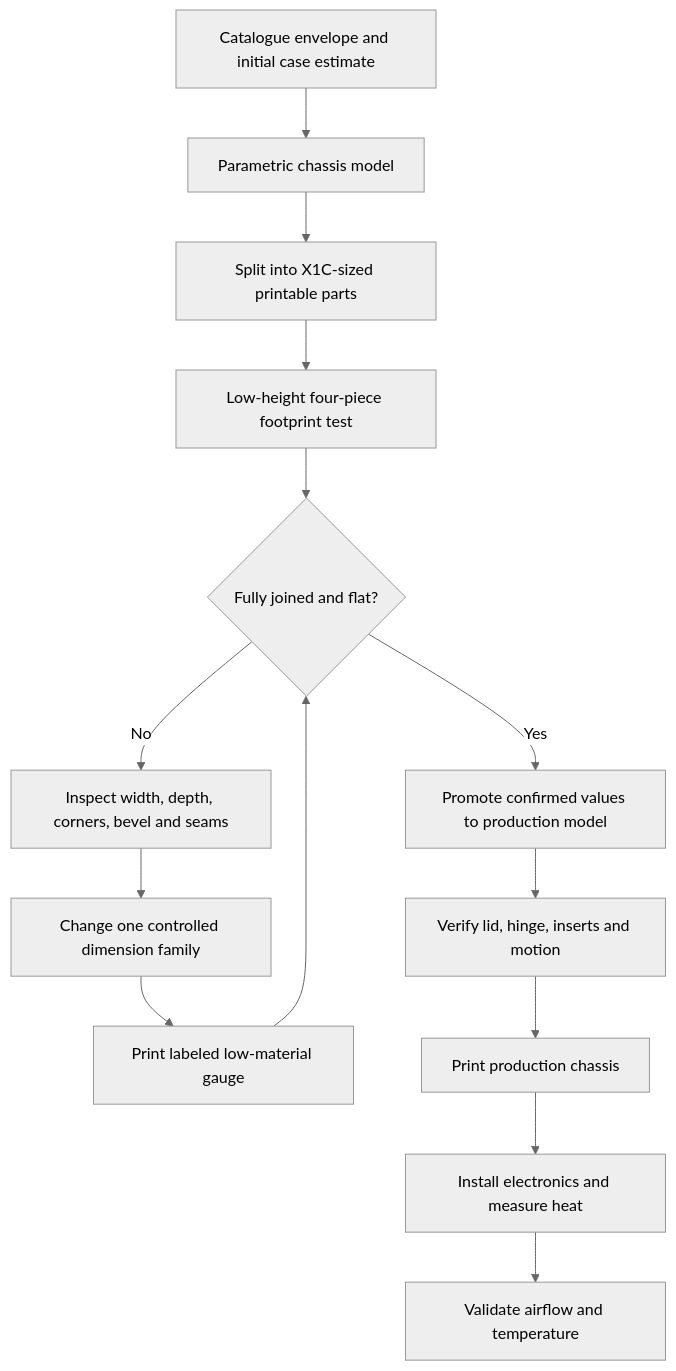
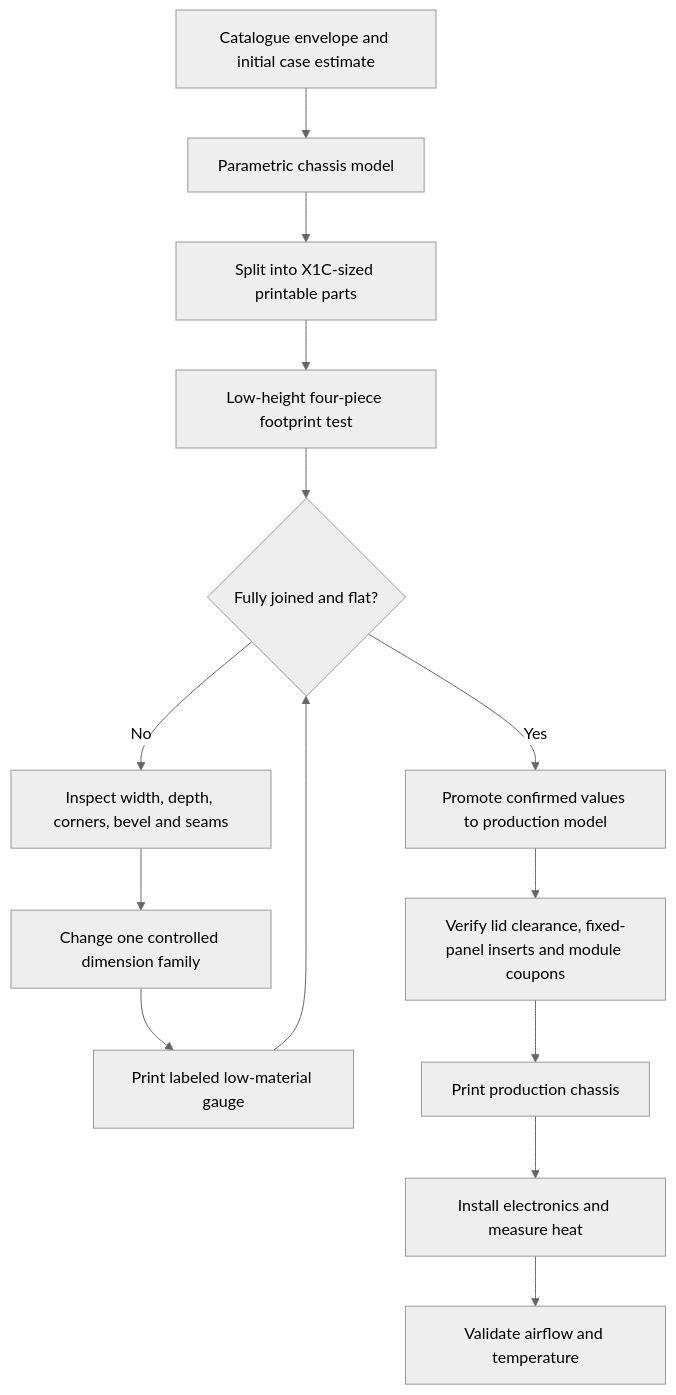
Before and after one commit to Andworx/Copilot-IoT-Game: the first of 7 diagrams in 3d Models/apache case/DESIGN_DOCUMENT.md, drawn with Mermaid (neutral theme). The commit also changed other lines of this file and 45 other files, not shown here.

````diff
--- a/3d Models/apache case/DESIGN_DOCUMENT.md
+++ b/3d Models/apache case/DESIGN_DOCUMENT.md
@@ -85,16 +109,16 @@
 ```mermaid
 flowchart TD
     A[Catalogue envelope and initial case estimate] --> B[Parametric chassis model]
     B --> C[Split into X1C-sized printable parts]
     C --> D[Low-height four-piece footprint test]
     D --> E{Fully joined and flat?}
     E -- No --> F[Inspect width, depth, corners, bevel and seams]
     F --> G[Change one controlled dimension family]
     G --> H[Print labeled low-material gauge]
     H --> E
     E -- Yes --> I[Promote confirmed values to production model]
-    I --> J[Verify lid, hinge, inserts and motion]
+    I --> J[Verify lid clearance, fixed-panel inserts and module coupons]
     J --> K[Print production chassis]
     K --> L[Install electronics and measure heat]
     L --> M[Validate airflow and temperature]
 ```
````
